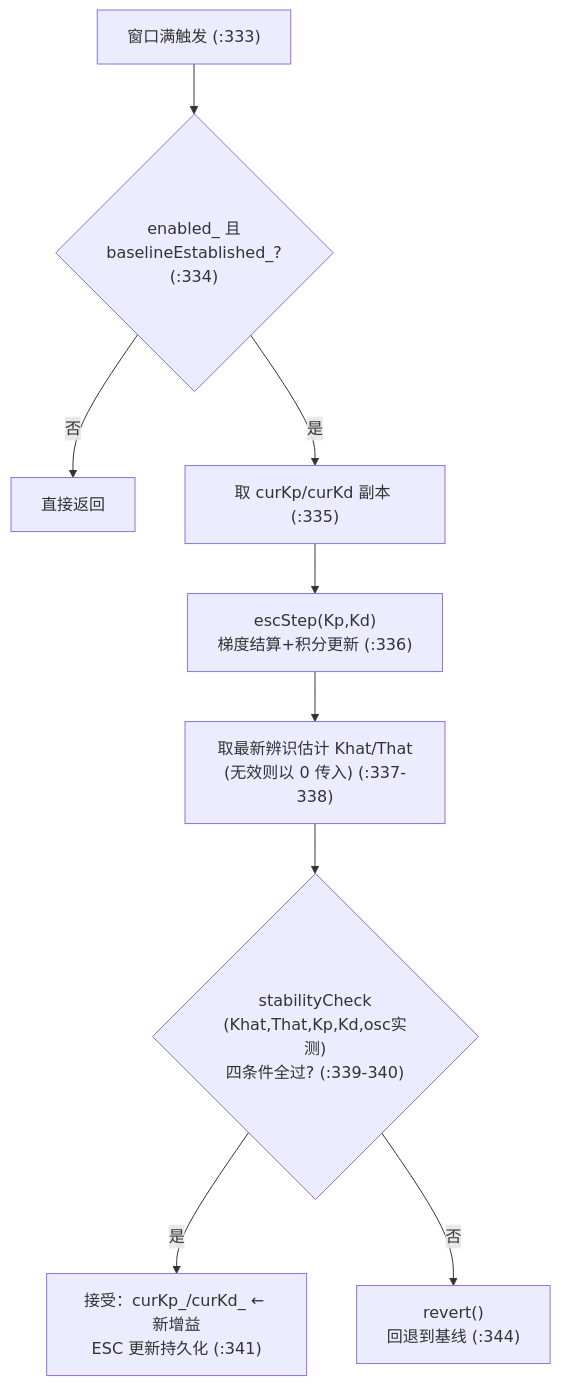
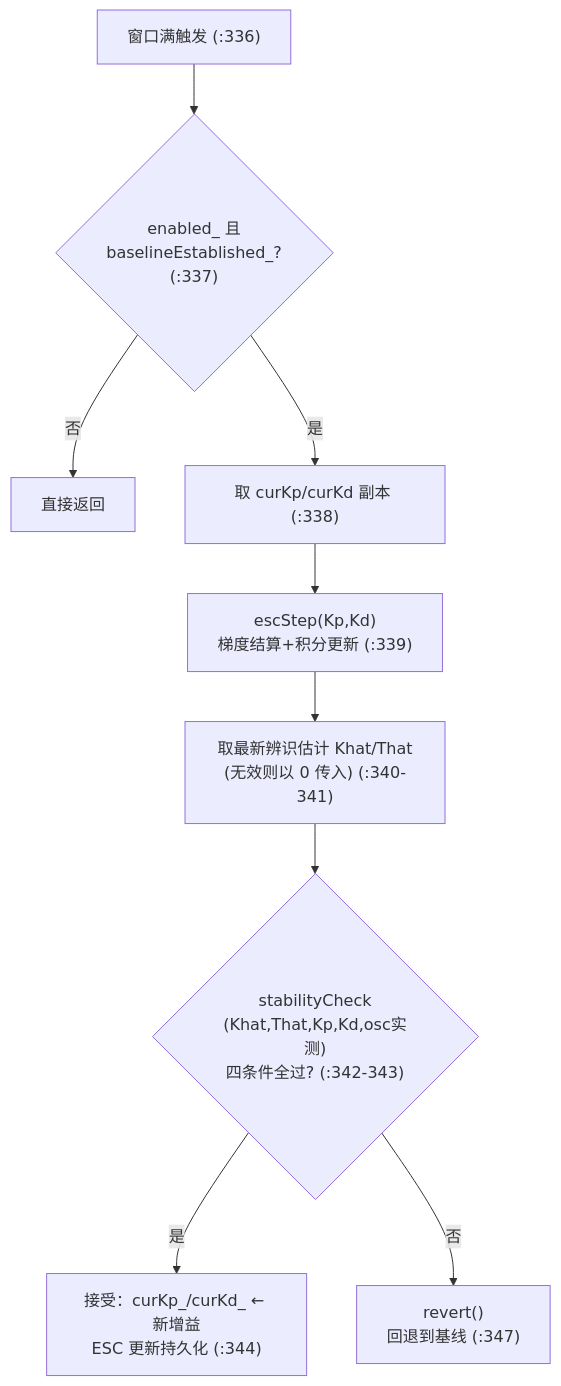
Before and after one commit to jimaka/auto_rudder: the sixth of 16 diagrams in docs/ESC代码函数实现流程.md, drawn with Mermaid. The commit also changed other lines of this file and 24 other files, not shown here.

````diff
--- a/docs/ESC代码函数实现流程.md
+++ b/docs/ESC代码函数实现流程.md
@@ -439,11 +439,11 @@
 ```mermaid
 flowchart TD
-    A["窗口满触发 (:333)"] --> B{"enabled_ 且<br/>baselineEstablished_?<br/>(:334)"}
+    A["窗口满触发 (:336)"] --> B{"enabled_ 且<br/>baselineEstablished_?<br/>(:337)"}
     B -- 否 --> C["直接返回"]
-    B -- 是 --> D["取 curKp/curKd 副本 (:335)"]
-    D --> E["escStep(Kp,Kd)<br/>梯度结算+积分更新 (:336)"]
-    E --> F["取最新辨识估计 Khat/That<br/>(无效则以 0 传入) (:337-338)"]
-    F --> G{"stabilityCheck<br/>(Khat,That,Kp,Kd,osc实测)<br/>四条件全过? (:339-340)"}
-    G -- 是 --> H["接受：curKp_/curKd_ ← 新增益<br/>ESC 更新持久化 (:341)"]
-    G -- 否 --> I["revert()<br/>回退到基线 (:344)"]
+    B -- 是 --> D["取 curKp/curKd 副本 (:338)"]
+    D --> E["escStep(Kp,Kd)<br/>梯度结算+积分更新 (:339)"]
+    E --> F["取最新辨识估计 Khat/That<br/>(无效则以 0 传入) (:340-341)"]
+    F --> G{"stabilityCheck<br/>(Khat,That,Kp,Kd,osc实测)<br/>四条件全过? (:342-343)"}
+    G -- 是 --> H["接受：curKp_/curKd_ ← 新增益<br/>ESC 更新持久化 (:344)"]
+    G -- 否 --> I["revert()<br/>回退到基线 (:347)"]
 ```
````
